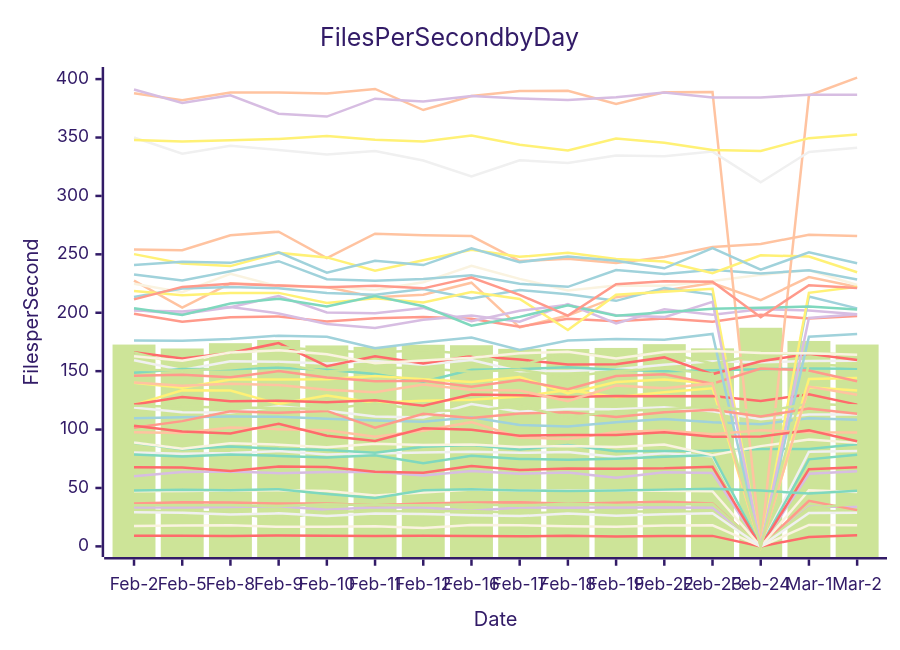
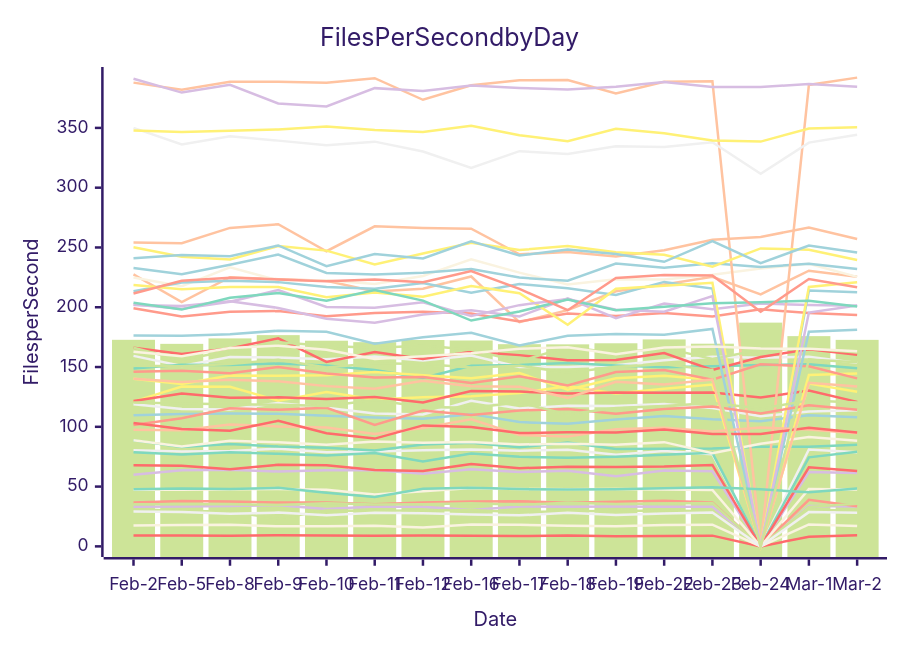
One commit to streetsidesoftware/cspell changed the diagram in perf-report.md. Above: the diagram before and after it, drawn with Mermaid (forest theme). The commit also changed other lines of this file and 1 other file, not shown here.

````diff
--- a/perf-report.md
+++ b/perf-report.md
@@ -10,57 +10,57 @@
 ```mermaid
 xychart-beta
     title Files Per Second by Day
     y-axis Files per Second
     x-axis Date [Feb-2, Feb-5, Feb-8, Feb-9, Feb-10, Feb-11, Feb-12, Feb-16, Feb-17, Feb-18, Feb-19, Feb-22, Feb-23, Feb-24, Mar-1, Mar-2]
-    bar [172.76, 169.39, 173.94, 176.68, 172.01, 170.80, 172.59, 172.20, 169.11, 168.97, 169.87, 173.10, 169.52, 187.14, 175.84, 172.78]
-    line [9.14, 9.10, 8.87, 9.39, 9.10, 8.79, 9.11, 8.93, 8.64, 9.05, 8.51, 8.78, 8.98, 0.00, 8.08, 9.48]
-    line [109.65, 110.63, 111.16, 110.94, 109.21, 107.83, 106.68, 110.60, 103.95, 102.58, 106.20, 108.99, 106.23, 104.62, 109.75, 108.50]
-    line [33.23, 33.25, 33.77, 34.38, 31.28, 33.43, 33.24, 30.53, 33.31, 33.04, 33.28, 33.21, 33.17, 0.00, 33.83, 33.92]
-    line [80.34, 79.32, 79.86, 81.63, 78.70, 79.41, 80.42, 80.99, 80.08, 80.78, 76.61, 79.69, 77.15, 0.00, 81.09, 81.59]
-    line [227.45, 204.37, 225.14, 223.42, 222.08, 213.20, 215.50, 225.73, 187.50, 197.59, 213.32, 219.03, 225.40, 210.70, 230.59, 222.00]
-    line [88.66, 83.22, 85.59, 83.52, 82.54, 80.25, 85.24, 86.74, 82.84, 86.83, 81.45, 81.71, 81.96, 83.41, 83.27, 87.42]
-    line [199.11, 192.32, 196.15, 196.80, 192.49, 195.28, 196.29, 194.83, 188.10, 194.84, 192.66, 195.15, 192.32, 198.30, 195.10, 197.20]
-    line [224.86, 217.64, 233.33, 222.49, 222.54, 219.50, 226.16, 240.10, 228.96, 219.08, 223.33, 223.11, 227.19, 232.41, 236.43, 223.75]
-    line [121.09, 133.64, 133.48, 121.84, 129.06, 122.93, 124.68, 125.50, 128.25, 133.90, 127.83, 131.88, 135.36, 0.00, 136.13, 133.51]
-    line [31.08, 29.80, 28.87, 23.26, 29.91, 29.82, 30.05, 30.35, 28.52, 29.28, 29.65, 29.97, 29.42, 0.00, 30.75, 29.62]
-    line [121.54, 127.82, 124.27, 124.62, 123.31, 125.03, 120.42, 129.98, 129.47, 127.87, 128.69, 128.42, 128.71, 124.50, 130.30, 121.34]
-    line [232.76, 227.56, 235.60, 244.14, 228.71, 227.46, 228.82, 232.02, 224.80, 222.16, 236.53, 233.14, 236.87, 233.63, 236.34, 228.38]
-    line [201.87, 201.12, 204.97, 199.43, 190.33, 187.01, 193.91, 197.53, 192.34, 207.35, 190.87, 203.05, 198.23, 203.08, 201.82, 198.61]
-    line [159.34, 150.93, 158.41, 157.97, 156.56, 158.71, 155.41, 159.62, 150.02, 150.05, 151.55, 155.58, 158.55, 157.69, 158.64, 158.84]
-    line [254.20, 253.57, 266.34, 269.39, 246.86, 267.66, 266.35, 265.66, 244.28, 246.16, 242.48, 247.66, 256.36, 258.77, 266.75, 265.72]
-    line [148.70, 151.93, 151.71, 152.93, 151.27, 147.55, 140.92, 151.13, 151.76, 153.31, 151.18, 149.85, 150.69, 151.72, 152.23, 152.07]
-    line [36.65, 37.87, 37.52, 36.62, 36.71, 35.21, 36.78, 37.62, 37.74, 36.57, 37.30, 38.24, 36.77, 0.00, 38.95, 31.05]
-    line [17.39, 17.79, 18.01, 16.74, 16.81, 17.17, 15.81, 18.35, 18.08, 17.18, 16.76, 17.88, 18.10, 0.00, 18.36, 18.10]
-    line [140.14, 135.87, 142.86, 142.75, 143.10, 145.82, 143.11, 140.65, 144.98, 130.98, 140.65, 142.78, 139.39, 0.00, 143.34, 144.23]
-    line [35.24, 35.24, 35.29, 34.51, 36.01, 35.10, 35.21, 35.98, 34.82, 36.43, 35.46, 35.84, 36.34, 0.00, 33.04, 36.34]
-    line [166.16, 160.94, 165.57, 174.04, 154.30, 162.65, 156.66, 162.87, 159.96, 155.64, 155.90, 161.77, 147.50, 158.41, 164.95, 159.54]
-    line [213.40, 220.70, 222.08, 221.01, 216.87, 215.38, 220.23, 212.12, 219.37, 215.84, 210.18, 221.20, 215.57, 0.00, 213.93, 203.71]
-    line [59.94, 63.60, 64.06, 62.64, 63.65, 63.88, 60.68, 64.42, 62.12, 63.28, 58.66, 63.36, 62.75, 0.00, 62.13, 64.28]
-    line [118.96, 114.84, 114.56, 119.99, 116.03, 111.12, 110.27, 121.81, 115.35, 117.70, 117.45, 119.10, 115.72, 108.80, 112.87, 112.99]
-    line [387.86, 381.95, 388.55, 388.50, 387.75, 391.57, 373.53, 385.59, 389.88, 390.09, 378.81, 388.65, 389.04, 0.00, 385.97, 401.27]
-    line [78.73, 76.88, 78.62, 77.47, 76.02, 78.07, 71.09, 77.64, 74.87, 74.07, 74.98, 76.63, 78.24, 0.00, 74.50, 78.39]
-    line [146.04, 146.87, 144.71, 150.09, 144.64, 141.32, 141.68, 136.63, 142.32, 134.55, 145.82, 147.42, 139.34, 152.31, 150.56, 141.29]
-    line [88.85, 83.51, 88.25, 87.06, 84.92, 87.81, 86.69, 87.24, 85.15, 85.90, 85.00, 87.17, 77.95, 85.83, 91.39, 88.60]
-    line [218.52, 215.06, 216.88, 216.99, 208.40, 212.31, 208.84, 217.81, 211.80, 185.28, 215.46, 218.06, 220.51, 0.00, 217.03, 222.18]
-    line [166.07, 155.61, 164.06, 170.66, 167.78, 165.93, 167.97, 164.38, 154.74, 166.79, 161.65, 166.00, 156.64, 164.50, 165.52, 163.99]
-    line [67.83, 67.42, 64.50, 68.29, 67.95, 63.94, 63.10, 68.79, 65.40, 66.62, 66.45, 66.78, 68.09, 0.00, 66.08, 67.64]
-    line [176.27, 176.08, 177.50, 180.37, 179.50, 169.53, 174.82, 178.71, 168.06, 176.19, 177.57, 176.95, 181.84, 0.00, 179.55, 181.85]
-    line [202.30, 198.84, 204.68, 214.35, 200.27, 199.54, 204.14, 192.69, 201.75, 206.87, 197.87, 196.25, 209.40, 0.00, 195.54, 198.76]
-    line [350.02, 336.18, 342.95, 339.36, 335.43, 338.51, 330.30, 316.59, 330.53, 328.24, 334.55, 334.07, 337.95, 311.68, 337.70, 341.22]
-    line [97.62, 97.16, 101.86, 100.35, 99.46, 93.91, 99.01, 106.34, 93.17, 91.86, 97.86, 99.22, 96.08, 99.35, 97.75, 97.47]
-    line [203.85, 198.04, 207.86, 211.91, 205.36, 214.41, 205.57, 188.86, 196.47, 206.41, 197.46, 200.43, 203.43, 204.23, 205.42, 202.71]
-    line [101.57, 107.21, 115.59, 114.29, 115.98, 101.55, 113.56, 109.85, 113.73, 114.86, 110.85, 114.90, 116.94, 111.12, 118.08, 113.47]
-    line [47.29, 47.35, 47.86, 48.05, 47.30, 43.46, 46.02, 48.76, 47.89, 47.85, 48.05, 47.61, 47.20, 0.00, 48.02, 46.46]
-    line [250.17, 242.23, 239.94, 251.24, 247.36, 235.88, 244.92, 253.98, 247.84, 251.30, 245.99, 243.93, 233.93, 249.19, 248.13, 234.63]
-    line [120.43, 119.43, 118.96, 118.43, 117.39, 122.51, 116.51, 115.88, 120.25, 110.42, 115.69, 117.45, 119.97, 115.23, 122.06, 120.55]
-    line [103.18, 98.24, 96.65, 104.96, 94.67, 90.15, 101.17, 99.92, 94.76, 95.38, 95.32, 97.68, 93.94, 94.07, 99.29, 89.96]
-    line [240.95, 243.60, 242.70, 251.69, 234.31, 244.51, 240.78, 255.22, 243.34, 248.23, 244.44, 238.03, 255.33, 236.79, 251.67, 242.29]
-    line [391.09, 379.53, 386.07, 370.43, 367.95, 383.26, 380.80, 385.48, 383.39, 382.12, 384.41, 388.46, 384.20, 384.25, 386.70, 386.69]
-    line [29.20, 28.78, 27.22, 28.25, 25.94, 28.04, 27.66, 26.73, 25.95, 28.09, 26.29, 27.51, 28.29, 0.00, 28.66, 28.72]
-    line [140.20, 137.55, 139.32, 138.06, 134.03, 131.86, 138.50, 133.91, 133.44, 124.24, 137.70, 135.31, 139.52, 0.00, 136.77, 129.78]
-    line [47.79, 48.42, 47.97, 48.95, 44.92, 41.33, 48.11, 48.93, 47.91, 47.47, 47.85, 48.58, 49.42, 47.74, 45.18, 47.57]
-    line [211.45, 222.13, 224.72, 223.26, 221.76, 223.13, 220.88, 230.21, 215.32, 197.56, 224.48, 226.95, 226.51, 196.21, 223.62, 221.08]
-    line [162.82, 158.93, 165.88, 167.89, 164.45, 156.78, 159.08, 161.56, 165.23, 166.55, 160.76, 166.40, 167.25, 165.44, 165.22, 164.06]
-    line [347.78, 346.57, 347.57, 348.75, 351.19, 348.15, 346.62, 351.78, 343.88, 338.94, 349.19, 345.47, 339.39, 338.55, 349.45, 352.53]
-    line [151.10, 150.58, 152.48, 156.02, 149.70, 153.17, 152.51, 149.58, 151.17, 145.28, 150.19, 152.37, 147.43, 0.00, 156.21, 153.68]
+    bar [172.76, 169.39, 173.94, 176.68, 172.01, 170.80, 172.59, 172.20, 169.11, 168.97, 169.87, 173.10, 169.52, 187.14, 175.84, 172.72]
+    line [9.14, 9.10, 8.87, 9.39, 9.10, 8.79, 9.11, 8.93, 8.64, 9.05, 8.51, 8.78, 8.98, 0.00, 8.08, 9.35]
+    line [109.65, 110.63, 111.16, 110.94, 109.21, 107.83, 106.68, 110.60, 103.95, 102.58, 106.20, 108.99, 106.23, 104.62, 109.75, 107.97]
+    line [33.23, 33.25, 33.77, 34.38, 31.28, 33.43, 33.24, 30.53, 33.31, 33.04, 33.28, 33.21, 33.17, 0.00, 33.83, 33.36]
+    line [80.34, 79.32, 79.86, 81.63, 78.70, 79.41, 80.42, 80.99, 80.08, 80.78, 76.61, 79.69, 77.15, 0.00, 81.09, 78.81]
+    line [227.45, 204.37, 225.14, 223.42, 222.08, 213.20, 215.50, 225.73, 187.50, 197.59, 213.32, 219.03, 225.40, 210.70, 230.59, 225.47]
+    line [88.66, 83.22, 85.59, 83.52, 82.54, 80.25, 85.24, 86.74, 82.84, 86.83, 81.45, 81.71, 81.96, 83.41, 83.27, 84.96]
+    line [199.11, 192.32, 196.15, 196.80, 192.49, 195.28, 196.29, 194.83, 188.10, 194.84, 192.66, 195.15, 192.32, 198.30, 195.10, 193.57]
+    line [224.86, 217.64, 233.33, 222.49, 222.54, 219.50, 226.16, 240.10, 228.96, 219.08, 223.33, 223.11, 227.19, 232.41, 236.43, 225.39]
+    line [121.09, 133.64, 133.48, 121.84, 129.06, 122.93, 124.68, 125.50, 128.25, 133.90, 127.83, 131.88, 135.36, 0.00, 136.13, 129.41]
+    line [31.08, 29.80, 28.87, 23.26, 29.91, 29.82, 30.05, 30.35, 28.52, 29.28, 29.65, 29.97, 29.42, 0.00, 30.75, 29.85]
+    line [121.54, 127.82, 124.27, 124.62, 123.31, 125.03, 120.42, 129.98, 129.47, 127.87, 128.69, 128.42, 128.71, 124.50, 130.30, 120.84]
+    line [232.76, 227.56, 235.60, 244.14, 228.71, 227.46, 228.82, 232.02, 224.80, 222.16, 236.53, 233.14, 236.87, 233.63, 236.34, 231.92]
+    line [201.87, 201.12, 204.97, 199.43, 190.33, 187.01, 193.91, 197.53, 192.34, 207.35, 190.87, 203.05, 198.23, 203.08, 201.82, 201.26]
+    line [159.34, 150.93, 158.41, 157.97, 156.56, 158.71, 155.41, 159.62, 150.02, 150.05, 151.55, 155.58, 158.55, 157.69, 158.64, 153.47]
+    line [254.20, 253.57, 266.34, 269.39, 246.86, 267.66, 266.35, 265.66, 244.28, 246.16, 242.48, 247.66, 256.36, 258.77, 266.75, 257.13]
+    line [148.70, 151.93, 151.71, 152.93, 151.27, 147.55, 140.92, 151.13, 151.76, 153.31, 151.18, 149.85, 150.69, 151.72, 152.23, 148.91]
+    line [36.65, 37.87, 37.52, 36.62, 36.71, 35.21, 36.78, 37.62, 37.74, 36.57, 37.30, 38.24, 36.77, 0.00, 38.95, 33.58]
+    line [17.39, 17.79, 18.01, 16.74, 16.81, 17.17, 15.81, 18.35, 18.08, 17.18, 16.76, 17.88, 18.10, 0.00, 18.36, 17.03]
+    line [140.14, 135.87, 142.86, 142.75, 143.10, 145.82, 143.11, 140.65, 144.98, 130.98, 140.65, 142.78, 139.39, 0.00, 143.34, 144.64]
+    line [35.24, 35.24, 35.29, 34.51, 36.01, 35.10, 35.21, 35.98, 34.82, 36.43, 35.46, 35.84, 36.34, 0.00, 33.04, 35.69]
+    line [166.16, 160.94, 165.57, 174.04, 154.30, 162.65, 156.66, 162.87, 159.96, 155.64, 155.90, 161.77, 147.50, 158.41, 164.95, 160.35]
+    line [213.40, 220.70, 222.08, 221.01, 216.87, 215.38, 220.23, 212.12, 219.37, 215.84, 210.18, 221.20, 215.57, 0.00, 213.93, 212.51]
+    line [59.94, 63.60, 64.06, 62.64, 63.65, 63.88, 60.68, 64.42, 62.12, 63.28, 58.66, 63.36, 62.75, 0.00, 62.13, 61.27]
+    line [118.96, 114.84, 114.56, 119.99, 116.03, 111.12, 110.27, 121.81, 115.35, 117.70, 117.45, 119.10, 115.72, 108.80, 112.87, 113.81]
+    line [387.86, 381.95, 388.55, 388.50, 387.75, 391.57, 373.53, 385.59, 389.88, 390.09, 378.81, 388.65, 389.04, 0.00, 385.97, 392.05]
+    line [78.73, 76.88, 78.62, 77.47, 76.02, 78.07, 71.09, 77.64, 74.87, 74.07, 74.98, 76.63, 78.24, 0.00, 74.50, 79.16]
+    line [146.04, 146.87, 144.71, 150.09, 144.64, 141.32, 141.68, 136.63, 142.32, 134.55, 145.82, 147.42, 139.34, 152.31, 150.56, 140.50]
+    line [88.85, 83.51, 88.25, 87.06, 84.92, 87.81, 86.69, 87.24, 85.15, 85.90, 85.00, 87.17, 77.95, 85.83, 91.39, 88.32]
+    line [218.52, 215.06, 216.88, 216.99, 208.40, 212.31, 208.84, 217.81, 211.80, 185.28, 215.46, 218.06, 220.51, 0.00, 217.03, 220.92]
+    line [166.07, 155.61, 164.06, 170.66, 167.78, 165.93, 167.97, 164.38, 154.74, 166.79, 161.65, 166.00, 156.64, 164.50, 165.52, 162.24]
+    line [67.83, 67.42, 64.50, 68.29, 67.95, 63.94, 63.10, 68.79, 65.40, 66.62, 66.45, 66.78, 68.09, 0.00, 66.08, 63.13]
+    line [176.27, 176.08, 177.50, 180.37, 179.50, 169.53, 174.82, 178.71, 168.06, 176.19, 177.57, 176.95, 181.84, 0.00, 179.55, 181.28]
+    line [202.30, 198.84, 204.68, 214.35, 200.27, 199.54, 204.14, 192.69, 201.75, 206.87, 197.87, 196.25, 209.40, 0.00, 195.54, 201.46]
+    line [350.02, 336.18, 342.95, 339.36, 335.43, 338.51, 330.30, 316.59, 330.53, 328.24, 334.55, 334.07, 337.95, 311.68, 337.70, 344.19]
+    line [97.62, 97.16, 101.86, 100.35, 99.46, 93.91, 99.01, 106.34, 93.17, 91.86, 97.86, 99.22, 96.08, 99.35, 97.75, 94.69]
+    line [203.85, 198.04, 207.86, 211.91, 205.36, 214.41, 205.57, 188.86, 196.47, 206.41, 197.46, 200.43, 203.43, 204.23, 205.42, 200.60]
+    line [101.57, 107.21, 115.59, 114.29, 115.98, 101.55, 113.56, 109.85, 113.73, 114.86, 110.85, 114.90, 116.94, 111.12, 118.08, 114.25]
+    line [47.29, 47.35, 47.86, 48.05, 47.30, 43.46, 46.02, 48.76, 47.89, 47.85, 48.05, 47.61, 47.20, 0.00, 48.02, 47.54]
+    line [250.17, 242.23, 239.94, 251.24, 247.36, 235.88, 244.92, 253.98, 247.84, 251.30, 245.99, 243.93, 233.93, 249.19, 248.13, 239.53]
+    line [120.43, 119.43, 118.96, 118.43, 117.39, 122.51, 116.51, 115.88, 120.25, 110.42, 115.69, 117.45, 119.97, 115.23, 122.06, 120.28]
+    line [103.18, 98.24, 96.65, 104.96, 94.67, 90.15, 101.17, 99.92, 94.76, 95.38, 95.32, 97.68, 93.94, 94.07, 99.29, 95.30]
+    line [240.95, 243.60, 242.70, 251.69, 234.31, 244.51, 240.78, 255.22, 243.34, 248.23, 244.44, 238.03, 255.33, 236.79, 251.67, 245.77]
+    line [391.09, 379.53, 386.07, 370.43, 367.95, 383.26, 380.80, 385.48, 383.39, 382.12, 384.41, 388.46, 384.20, 384.25, 386.70, 384.49]
+    line [29.20, 28.78, 27.22, 28.25, 25.94, 28.04, 27.66, 26.73, 25.95, 28.09, 26.29, 27.51, 28.29, 0.00, 28.66, 28.18]
+    line [140.20, 137.55, 139.32, 138.06, 134.03, 131.86, 138.50, 133.91, 133.44, 124.24, 137.70, 135.31, 139.52, 0.00, 136.77, 133.66]
+    line [47.79, 48.42, 47.97, 48.95, 44.92, 41.33, 48.11, 48.93, 47.91, 47.47, 47.85, 48.58, 49.42, 47.74, 45.18, 48.40]
+    line [211.45, 222.13, 224.72, 223.26, 221.76, 223.13, 220.88, 230.21, 215.32, 197.56, 224.48, 226.95, 226.51, 196.21, 223.62, 216.77]
+    line [162.82, 158.93, 165.88, 167.89, 164.45, 156.78, 159.08, 161.56, 165.23, 166.55, 160.76, 166.40, 167.25, 165.44, 165.22, 163.13]
+    line [347.78, 346.57, 347.57, 348.75, 351.19, 348.15, 346.62, 351.78, 343.88, 338.94, 349.19, 345.47, 339.39, 338.55, 349.45, 350.64]
+    line [151.10, 150.58, 152.48, 156.02, 149.70, 153.17, 152.51, 149.58, 151.17, 145.28, 150.19, 152.37, 147.43, 0.00, 156.21, 154.10]
 ```
````
